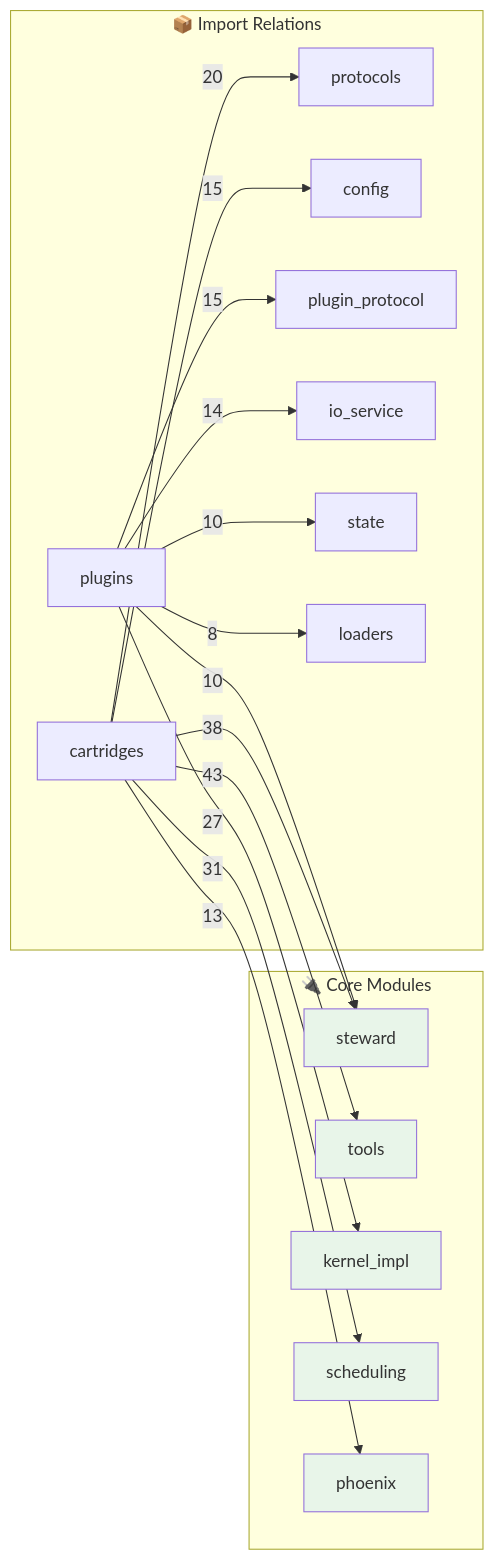
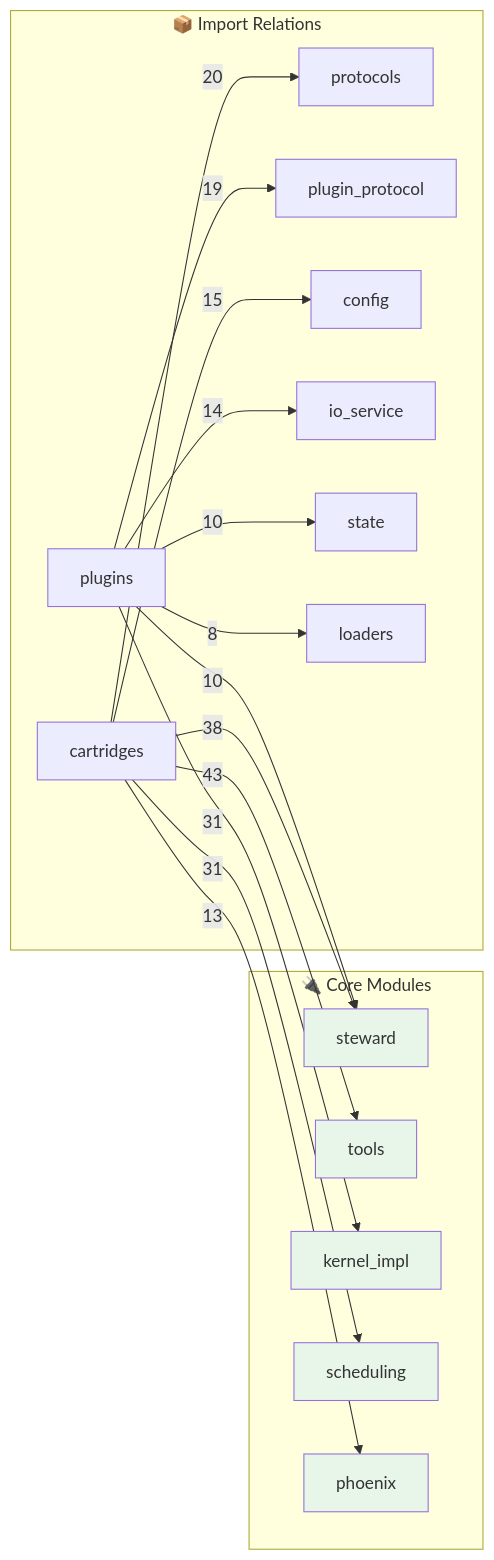
One commit to kimeisele/steward-protocol changed the second of 2 diagrams in OPUS.md. Above: the diagram before and after it, drawn with Mermaid. The commit also changed other lines of this file and 13 other files, not shown here.

````diff
--- a/OPUS.md
+++ b/OPUS.md
@@ -387,31 +376,31 @@
 ```mermaid
 flowchart LR
     subgraph Core["🔌 Core Modules"]
         steward[steward]
         tools[tools]
         kernel_impl[kernel_impl]
         scheduling[scheduling]
         phoenix[phoenix]
     end
 
     subgraph Edges["📦 Import Relations"]
         cartridges -->|43| tools
         cartridges -->|38| steward
         cartridges -->|31| scheduling
-        plugins -->|27| kernel_impl
+        plugins -->|31| kernel_impl
         cartridges -->|20| protocols
+        plugins -->|19| plugin_protocol
         cartridges -->|15| config
-        plugins -->|15| plugin_protocol
         plugins -->|14| io_service
         cartridges -->|13| phoenix
         plugins -->|10| state
         plugins -->|10| steward
         plugins -->|8| loaders
     end
 
     style steward fill:#e8f5e9
     style tools fill:#e8f5e9
     style kernel_impl fill:#e8f5e9
     style scheduling fill:#e8f5e9
     style phoenix fill:#e8f5e9
 ```
````
